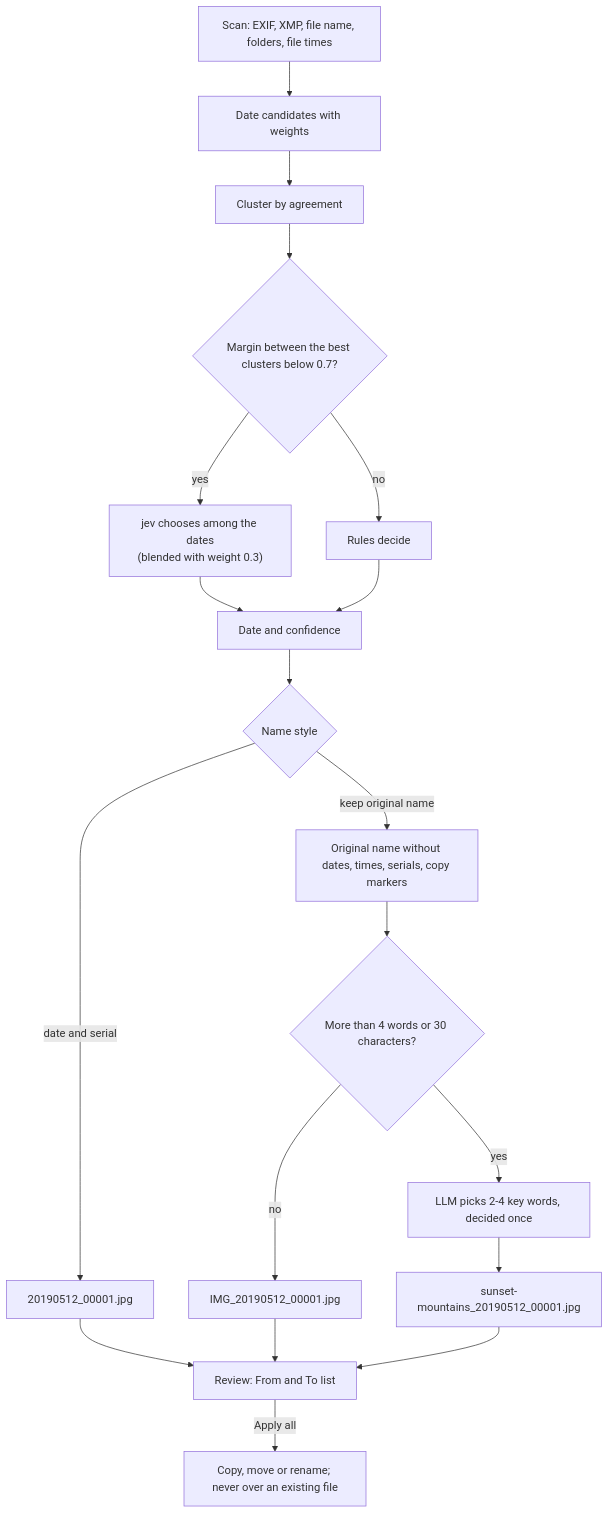
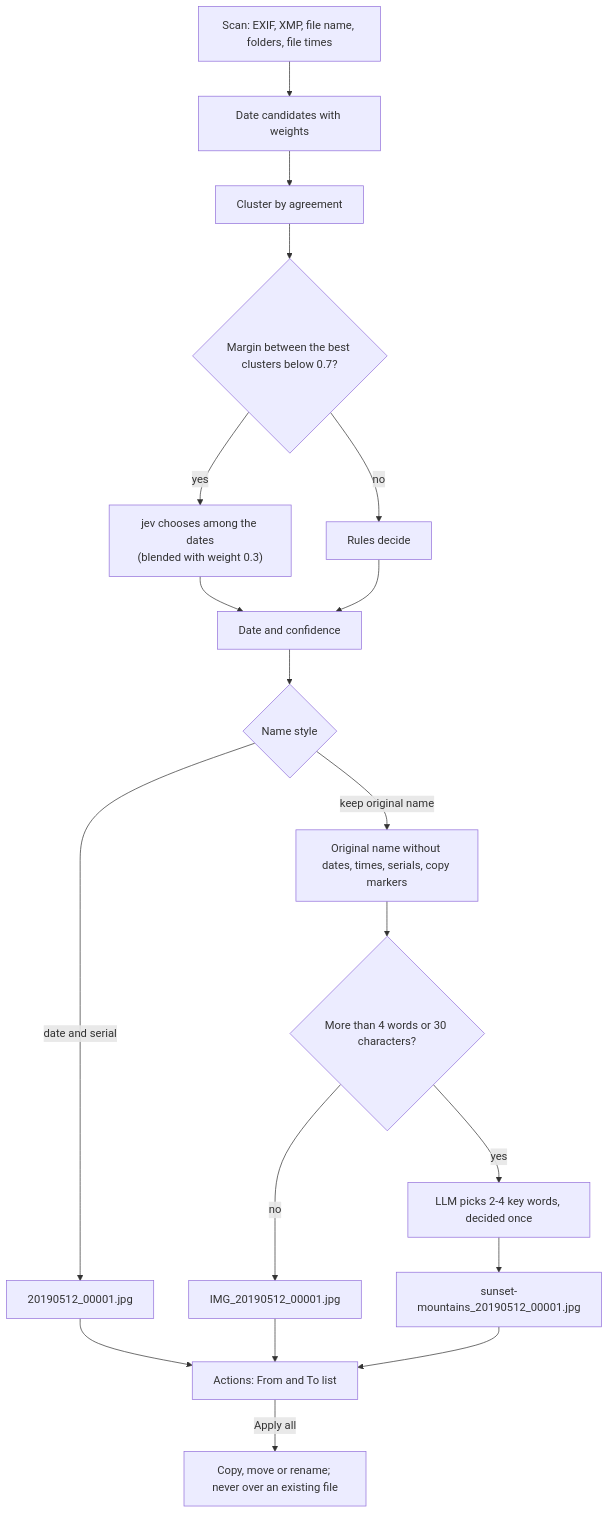
One commit to jstdlee/jev-photos changed the second of 4 diagrams in README.md. Above: the diagram before and after it, drawn with Mermaid. The commit also changed other lines of this file and 8 other files, not shown here.

````diff
--- a/README.md
+++ b/README.md
@@ -295,21 +315,21 @@
 ```mermaid
 flowchart TD
     S[Scan: EXIF, XMP, file name, folders, file times] --> C[Date candidates with weights]
     C --> CL[Cluster by agreement]
     CL --> M{Margin between the best clusters below 0.7?}
     M -->|no| RD[Rules decide]
     M -->|yes| J["jev chooses among the dates<br/>(blended with weight 0.3)"]
     J --> RD2[Date and confidence]
     RD --> RD2
     RD2 --> N{Name style}
     N -->|date and serial| A["20190512_00001.jpg"]
     N -->|keep original name| P["Original name without dates, times, serials, copy markers"]
     P --> L{More than 4 words or 30 characters?}
     L -->|no| B["IMG_20190512_00001.jpg"]
     L -->|yes| K["LLM picks 2-4 key words, decided once"]
     K --> B2["sunset-mountains_20190512_00001.jpg"]
-    A --> RV[Review: From and To list]
+    A --> RV[Actions: From and To list]
     B --> RV
     B2 --> RV
     RV -->|Apply all| FS["Copy, move or rename; never over an existing file"]
 ```
````
